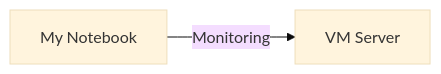
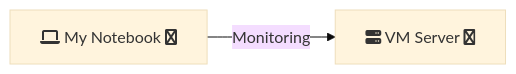
One commit to bullpae/prometheus_test changed the first of 2 diagrams in README.md. Above: the diagram before and after it, drawn with Mermaid (base theme). The commit also changed other lines of this file, not shown here.

````diff
--- a/README.md
+++ b/README.md
@@ -5,4 +5,4 @@
 ```mermaid
 flowchart LR
-    A[My Notebook] -->|Monitoring| B[VM Server]
+      A[fa:fa-laptop My Notebook fa:fa-windows] -->|Monitoring| B[fa:fa-server VM Server fa:fa-linux]
 ```
````
